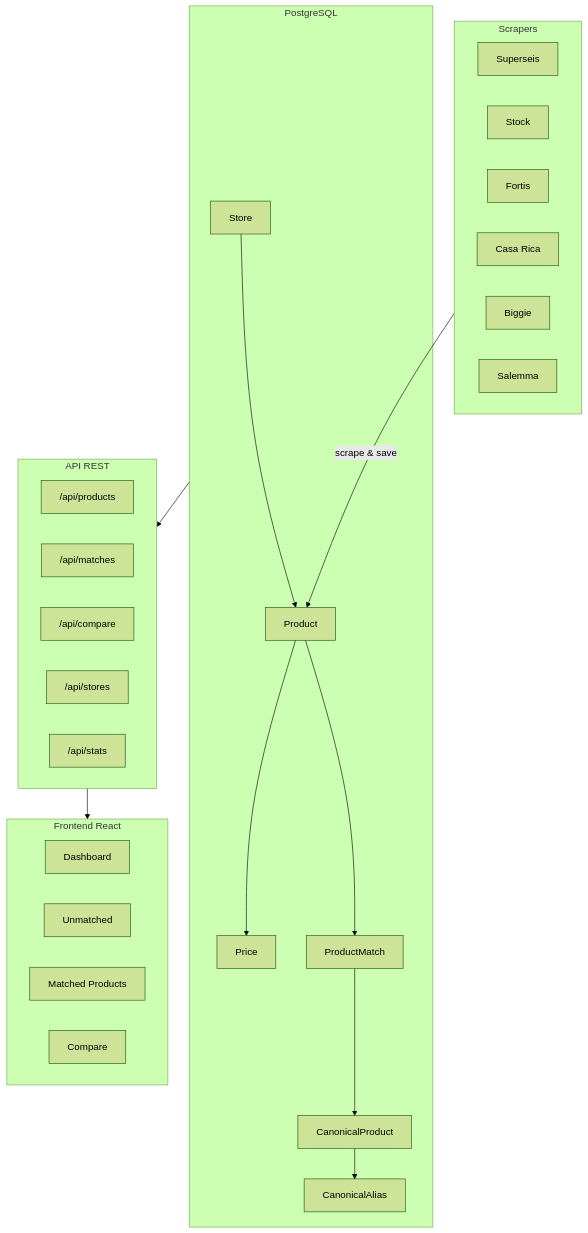
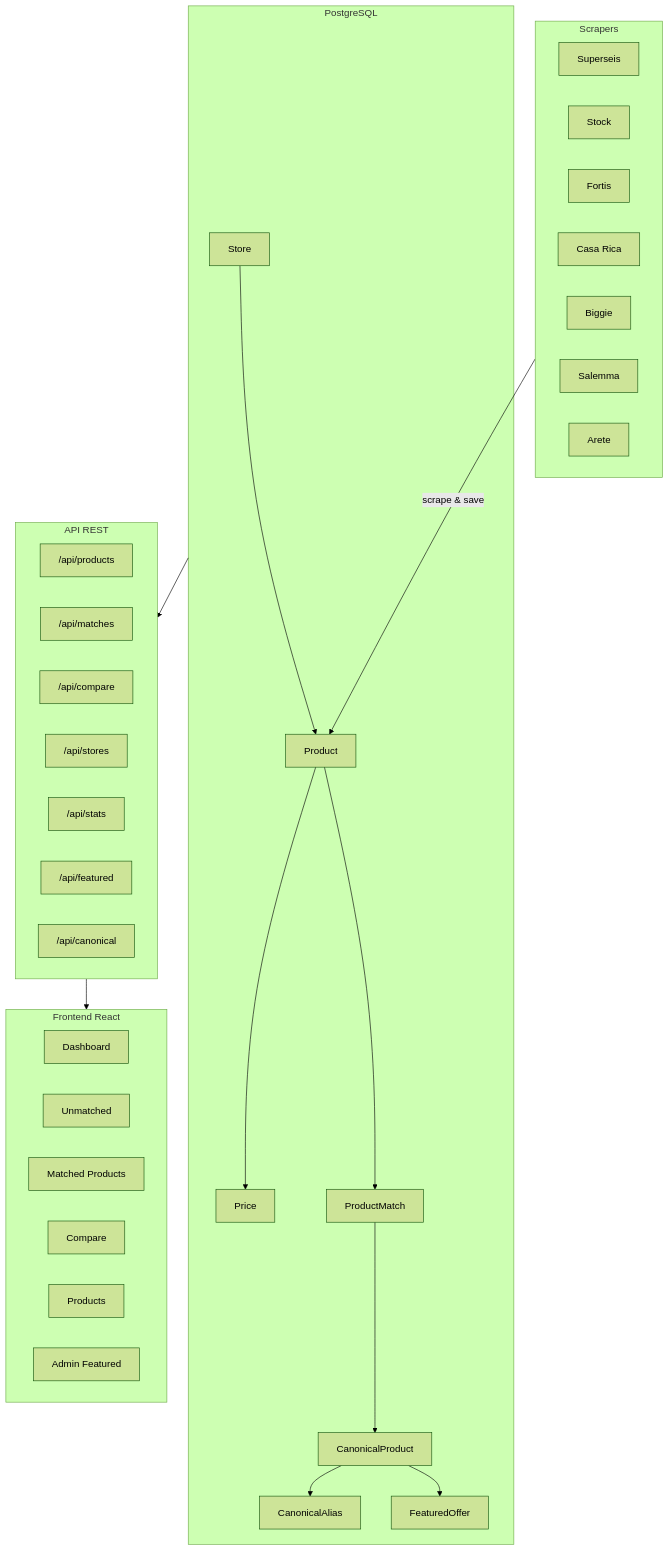
Before and after one commit to lassmann/ofertas-ya-crawler: the first of 8 diagrams in docs/01-arquitectura/diagramas.md, drawn with Mermaid (forest theme). The commit also changed other lines of this file and 23 other files, not shown here.

````diff
--- a/docs/01-arquitectura/diagramas.md
+++ b/docs/01-arquitectura/diagramas.md
@@ -5,45 +5,52 @@
 ```mermaid
 flowchart TB
     subgraph Scrapers["Scrapers"]
         S1[Superseis]
         S2[Stock]
         S3[Fortis]
         S4[Casa Rica]
         S5[Biggie]
         S6[Salemma]
+        S7[Arete]
     end
 
     subgraph Database["PostgreSQL"]
         ST[Store]
         P[Product]
         PR[Price]
         PM[ProductMatch]
         CP[CanonicalProduct]
         CA[CanonicalAlias]
+        FO[FeaturedOffer]
     end
 
     subgraph API["API REST"]
         E1["/api/products"]
         E2["/api/matches"]
         E3["/api/compare"]
         E4["/api/stores"]
         E5["/api/stats"]
+        E6["/api/featured"]
+        E7["/api/canonical"]
     end
 
     subgraph Frontend["Frontend React"]
         D[Dashboard]
         U[Unmatched]
         M[Matched Products]
         C[Compare]
+        PG[Products]
+        AF[Admin Featured]
     end
 
     Scrapers -->|scrape & save| P
     P --> PR
     P --> PM
     PM --> CP
     CP --> CA
+    CP --> FO
     ST --> P
 
     Database --> API
     API --> Frontend
 ```
````
